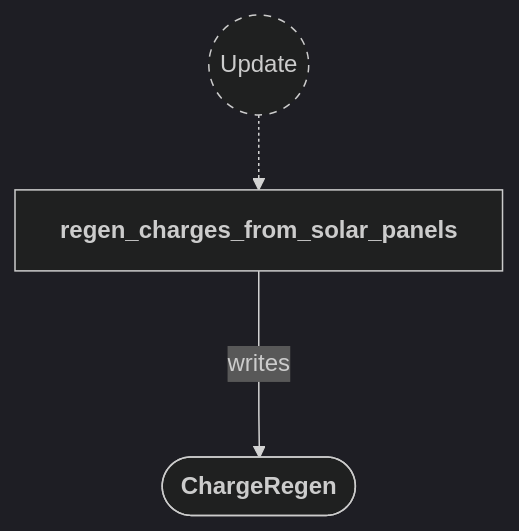
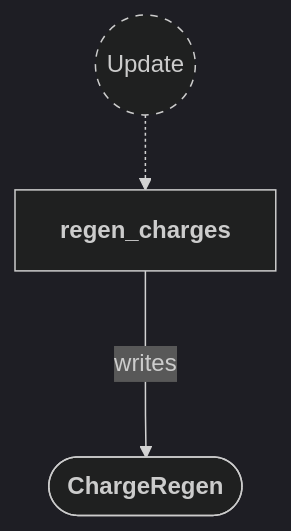
One commit to neurosoup/tyled changed the sixth of 6 diagrams in backlog/docs/doc-23 - 021-Charge-plugin.md. Above: the diagram before and after it, drawn with Mermaid. The commit also changed other lines of this file and 2 other files, not shown here.

Commit message:
Docs: update doc-23 charge plugin; rename regen_charges_from_solar_panels to regen_charges

````diff
--- a/backlog/docs/doc-23 - 021-Charge-plugin.md
+++ b/backlog/docs/doc-23 - 021-Charge-plugin.md
@@ -235,18 +228,18 @@
 ```mermaid
 ---
 config:
   theme: dark
 ---
 
 flowchart TD
 classDef system-group stroke-dasharray: 5 5
 
 update(("`Update`")):::system-group
-regen["`**regen_charges_from_solar_panels**`"]
+regen["`**regen_charges**`"]
 
 update -.-> regen
 
 charge_regen_message(["`**ChargeRegen**`"])
 
 regen ---> |writes| charge_regen_message
 ```
````
